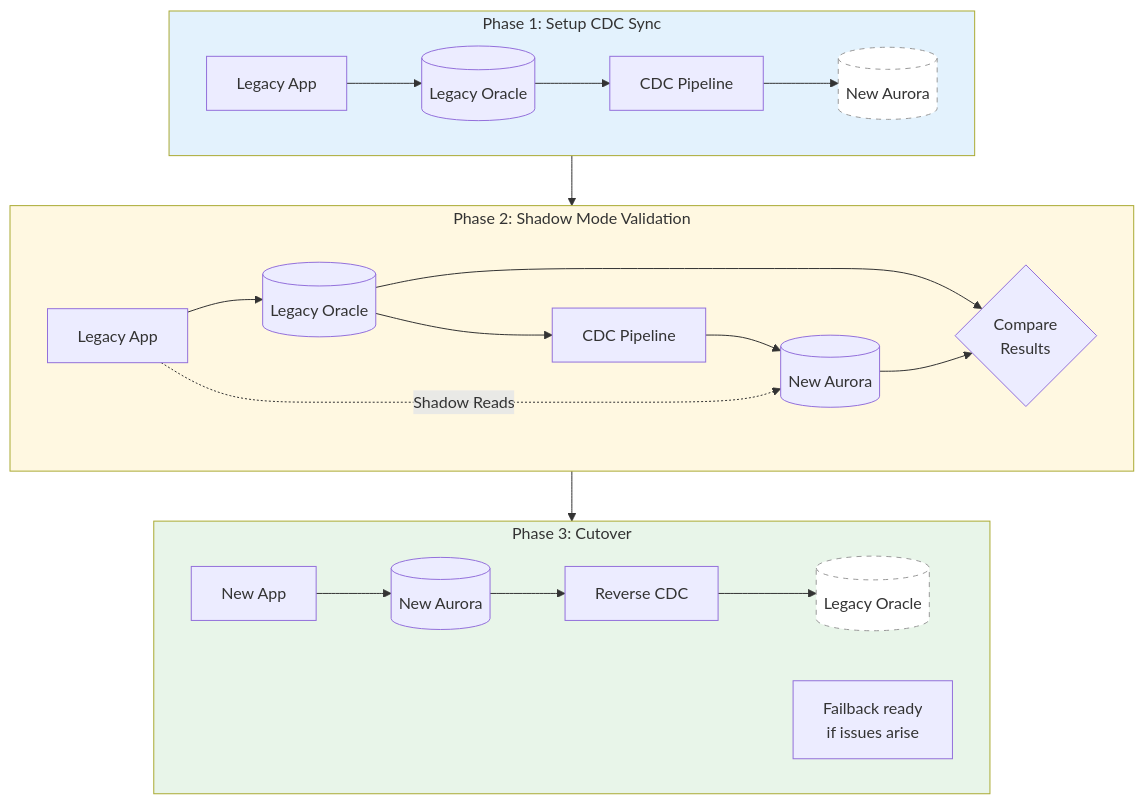
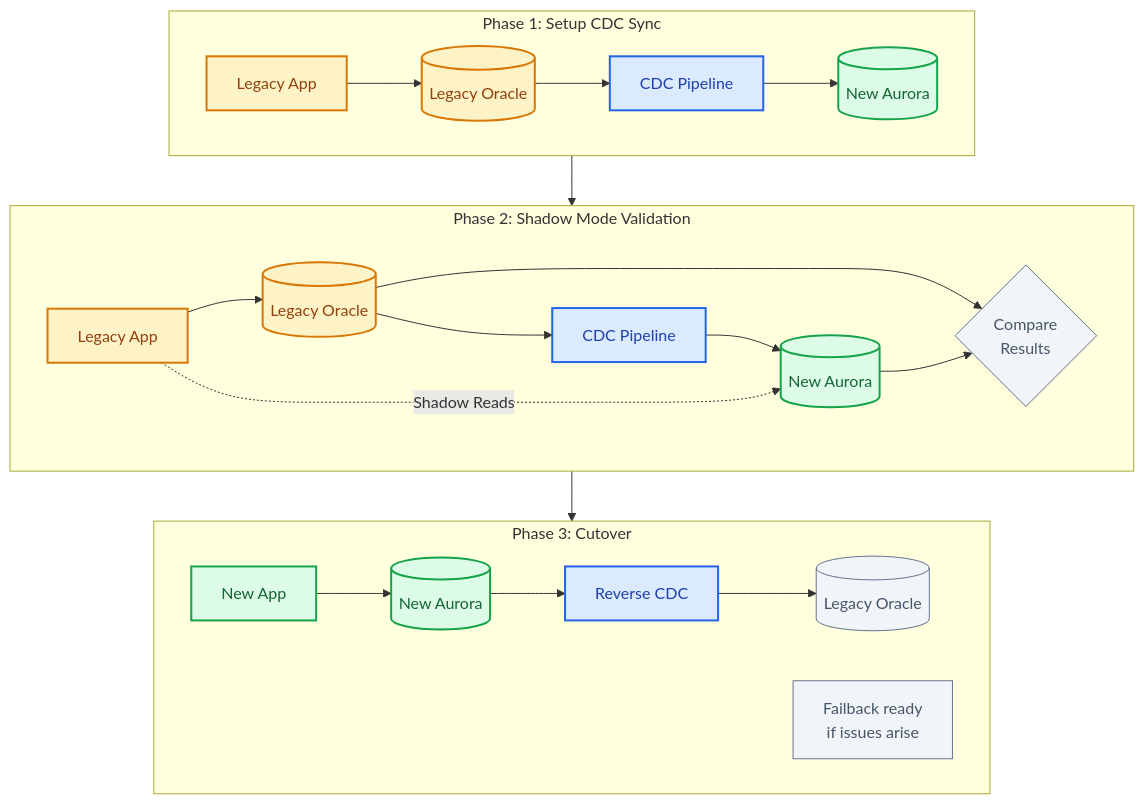
Before and after one commit to udaytamma/Cyrus: the sixth of 7 diagrams in gemini-responses/change-data-capture-cdc-20260120-0919.md, drawn with Mermaid. The commit also changed other lines of this file and 28 other files, not shown here.

First line of the commit message:
Upgrade Knowledge Base Mermaid diagrams to professional styling

````diff
--- a/gemini-responses/change-data-capture-cdc-20260120-0919.md
+++ b/gemini-responses/change-data-capture-cdc-20260120-0919.md
@@ -285,37 +317,45 @@
 ```mermaid
 flowchart TB
     subgraph Phase1["Phase 1: Setup CDC Sync"]
         direction LR
         A1[Legacy App] --> B1[(Legacy Oracle)]
         B1 --> C1[CDC Pipeline]
         C1 --> D1[(New Aurora)]
-        style D1 fill:#fff,stroke:#999,stroke-dasharray: 5 5
     end
 
     subgraph Phase2["Phase 2: Shadow Mode Validation"]
         direction LR
         A2[Legacy App] --> B2[(Legacy Oracle)]
         B2 --> C2[CDC Pipeline]
         C2 --> D2[(New Aurora)]
         A2 -.->|Shadow Reads| D2
         E2{Compare<br/>Results}
         B2 --> E2
         D2 --> E2
     end
 
     subgraph Phase3["Phase 3: Cutover"]
         direction LR
         A3[New App] --> D3[(New Aurora)]
         D3 --> C3[Reverse CDC]
         C3 --> B3[(Legacy Oracle)]
-        style B3 fill:#fff,stroke:#999,stroke-dasharray: 5 5
         Note3[Failback ready<br/>if issues arise]
     end
 
     Phase1 --> Phase2
     Phase2 --> Phase3
 
-    style Phase1 fill:#e3f2fd
-    style Phase2 fill:#fff8e1
-    style Phase3 fill:#e8f5e9
+    classDef primary fill:#dbeafe,stroke:#2563eb,color:#1e40af,stroke-width:2px
+    classDef success fill:#dcfce7,stroke:#16a34a,color:#166534,stroke-width:2px
+    classDef warning fill:#fef3c7,stroke:#d97706,color:#92400e,stroke-width:2px
+    classDef neutral fill:#f1f5f9,stroke:#64748b,color:#475569,stroke-width:1px
+
+    class A1,A2 warning
+    class A3 success
+    class B1,B2 warning
+    class B3 neutral
+    class C1,C2,C3 primary
+    class D1,D2,D3 success
+    class E2 neutral
+    class Note3 neutral
 ```
````
